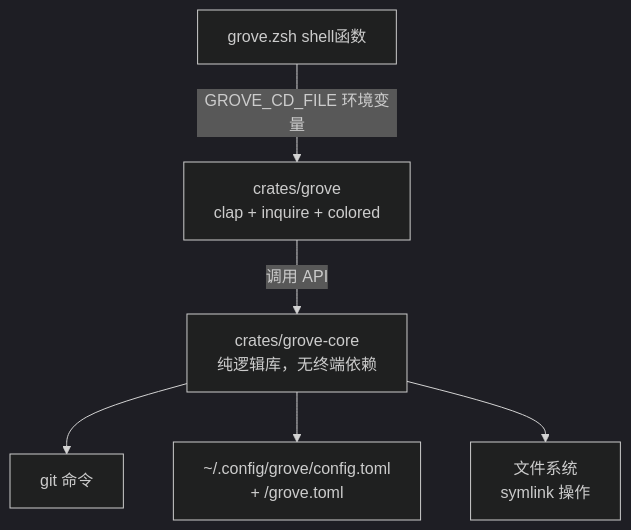
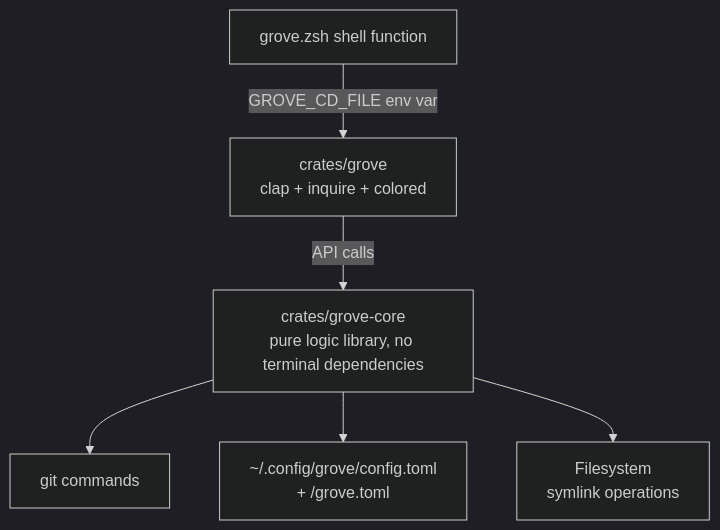
Before and after one commit to xuzhu-591/grove: the diagram in docs/superpowers/specs/2026-06-08-grove-rust-migration-design.md, drawn with Mermaid (dark theme). The commit also changed other lines of this file and 8 other files, not shown here.

````diff
--- a/docs/superpowers/specs/2026-06-08-grove-rust-migration-design.md
+++ b/docs/superpowers/specs/2026-06-08-grove-rust-migration-design.md
@@ -98,10 +98,10 @@
 ```mermaid
 graph TD
-    Zsh[grove.zsh shell函数] --> |"GROVE_CD_FILE 环境变量"| CLI
-    CLI[crates/grove<br/>clap + inquire + colored] --> |"调用 API"| Core
-    Core[crates/grove-core<br/>纯逻辑库，无终端依赖]
+    Zsh[grove.zsh shell function] --> |"GROVE_CD_FILE env var"| CLI
+    CLI[crates/grove<br/>clap + inquire + colored] --> |"API calls"| Core
+    Core[crates/grove-core<br/>pure logic library, no terminal dependencies]
 
-    Core --> Git[git 命令]
+    Core --> Git[git commands]
     Core --> Config["~/.config/grove/config.toml<br/>+ <repo>/grove.toml"]
-    Core --> FS[文件系统<br/>symlink 操作]
+    Core --> FS[Filesystem<br/>symlink operations]
 ```
````
